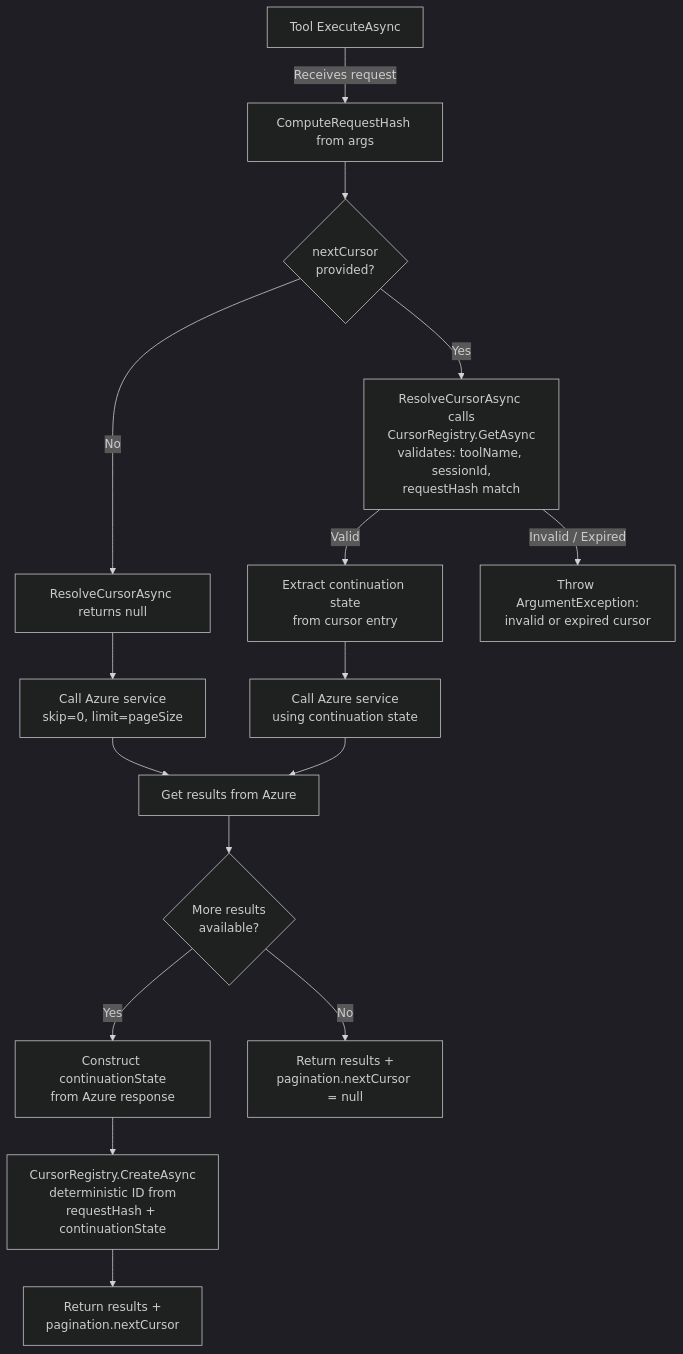
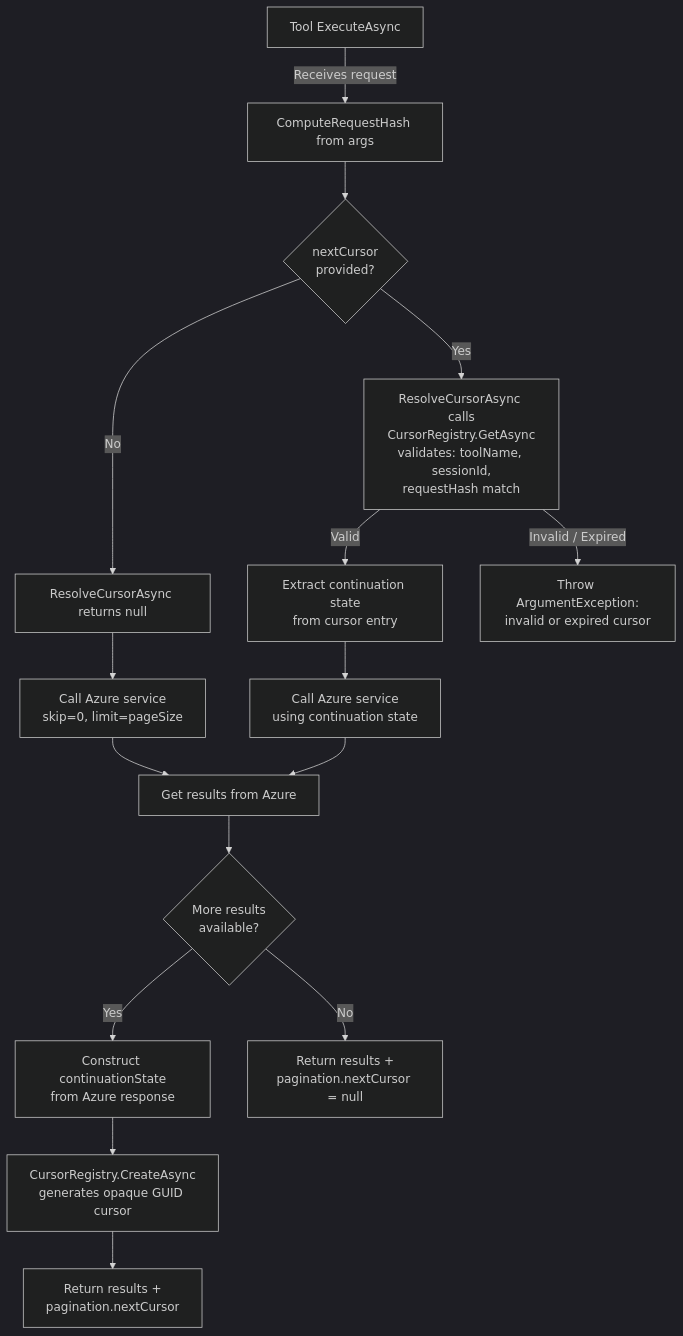
The second of 4 diagrams in docs/design/pagination-design-proposal.md (srnagar/mcp), drawn with Mermaid (dark theme) before and after one commit. The commit also changed other lines of this file and 4 other files, not shown here.

````diff
--- a/docs/design/pagination-design-proposal.md
+++ b/docs/design/pagination-design-proposal.md
@@ -188,23 +188,23 @@
 ```mermaid
 flowchart TD
     A["Tool ExecuteAsync"] -->|Receives request| B["ComputeRequestHash from args"]
     B --> C{"nextCursor<br/>provided?"}
     C -->|No| D["ResolveCursorAsync returns null"]
     D --> E["Call Azure service<br/>skip=0, limit=pageSize"]
 
     C -->|Yes| F["ResolveCursorAsync calls<br/>CursorRegistry.GetAsync<br/>validates: toolName, sessionId,<br/>requestHash match"]
     F -->|Valid| G["Extract continuation state<br/>from cursor entry"]
     G --> H["Call Azure service<br/>using continuation state"]
 
     F -->|"Invalid / Expired"| P["Throw ArgumentException:<br/>invalid or expired cursor"]
 
     E --> I["Get results from Azure"]
     H --> I
 
     I --> J{"More results<br/>available?"}
     J -->|Yes| K["Construct continuationState<br/>from Azure response"]
-    K --> L["CursorRegistry.CreateAsync<br/>deterministic ID from<br/>requestHash + continuationState"]
+    K --> L["CursorRegistry.CreateAsync<br/>generates opaque GUID cursor"]
     L --> M["Return results +<br/>pagination.nextCursor"]
 
     J -->|No| N["Return results +<br/>pagination.nextCursor = null"]
 ```
````
